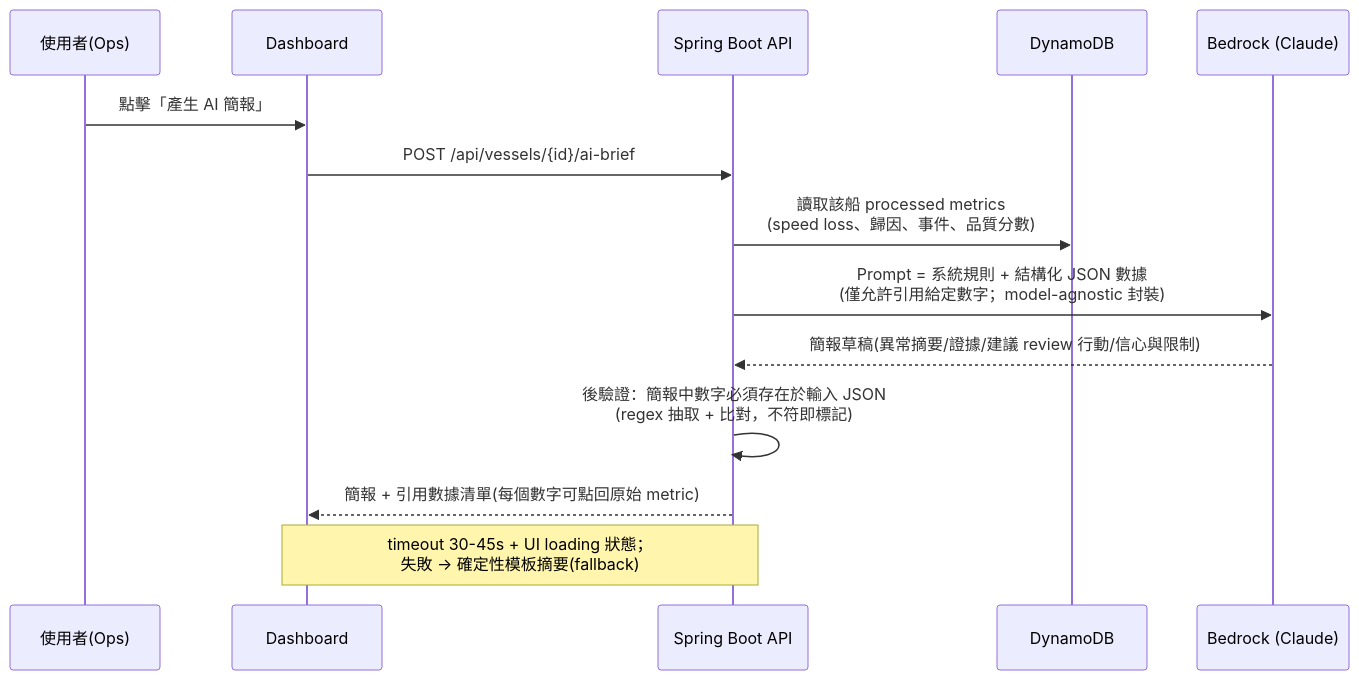
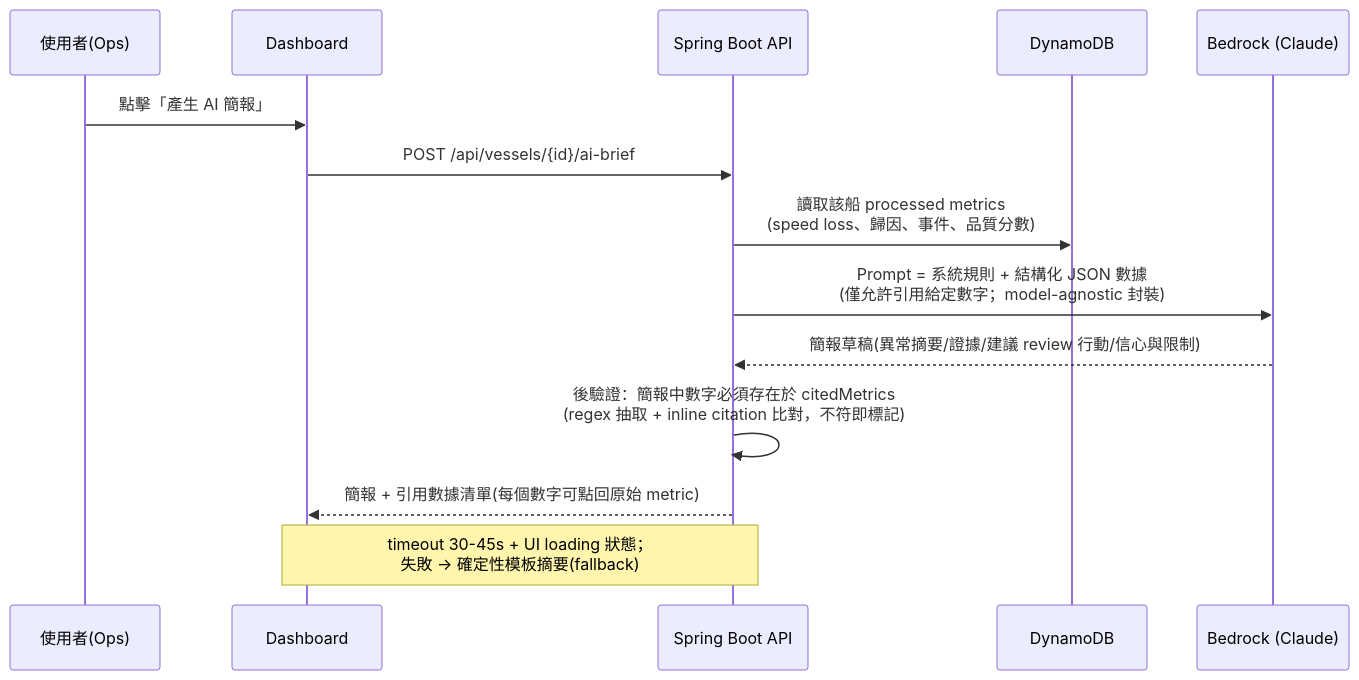
The fourth of 4 diagrams in docs/09-architecture-and-execution-plan.md (wsx5031060310guy/fleetmind-yang-ming-hackathon), drawn with Mermaid before and after one commit. The commit also changed other lines of this file and 2 other files, not shown here.

````diff
--- a/docs/09-architecture-and-execution-plan.md
+++ b/docs/09-architecture-and-execution-plan.md
@@ -214,17 +214,17 @@
 ```mermaid
 sequenceDiagram
   participant U as 使用者(Ops)
   participant F as Dashboard
   participant API as Spring Boot API
   participant DB as DynamoDB
   participant BR as Bedrock (Claude)
 
   U->>F: 點擊「產生 AI 簡報」
   F->>API: POST /api/vessels/{id}/ai-brief
   API->>DB: 讀取該船 processed metrics<br/>(speed loss、歸因、事件、品質分數)
   API->>BR: Prompt = 系統規則 + 結構化 JSON 數據<br/>(僅允許引用給定數字；model-agnostic 封裝)
   BR-->>API: 簡報草稿(異常摘要/證據/建議 review 行動/信心與限制)
-  API->>API: 後驗證：簡報中數字必須存在於輸入 JSON<br/>(regex 抽取 + 比對，不符即標記)
+  API->>API: 後驗證：簡報中數字必須存在於 citedMetrics<br/>(regex 抽取 + inline citation 比對，不符即標記)
   API-->>F: 簡報 + 引用數據清單(每個數字可點回原始 metric)
   Note over API,F: timeout 30-45s + UI loading 狀態；<br/>失敗 → 確定性模板摘要(fallback)
 ```
````
